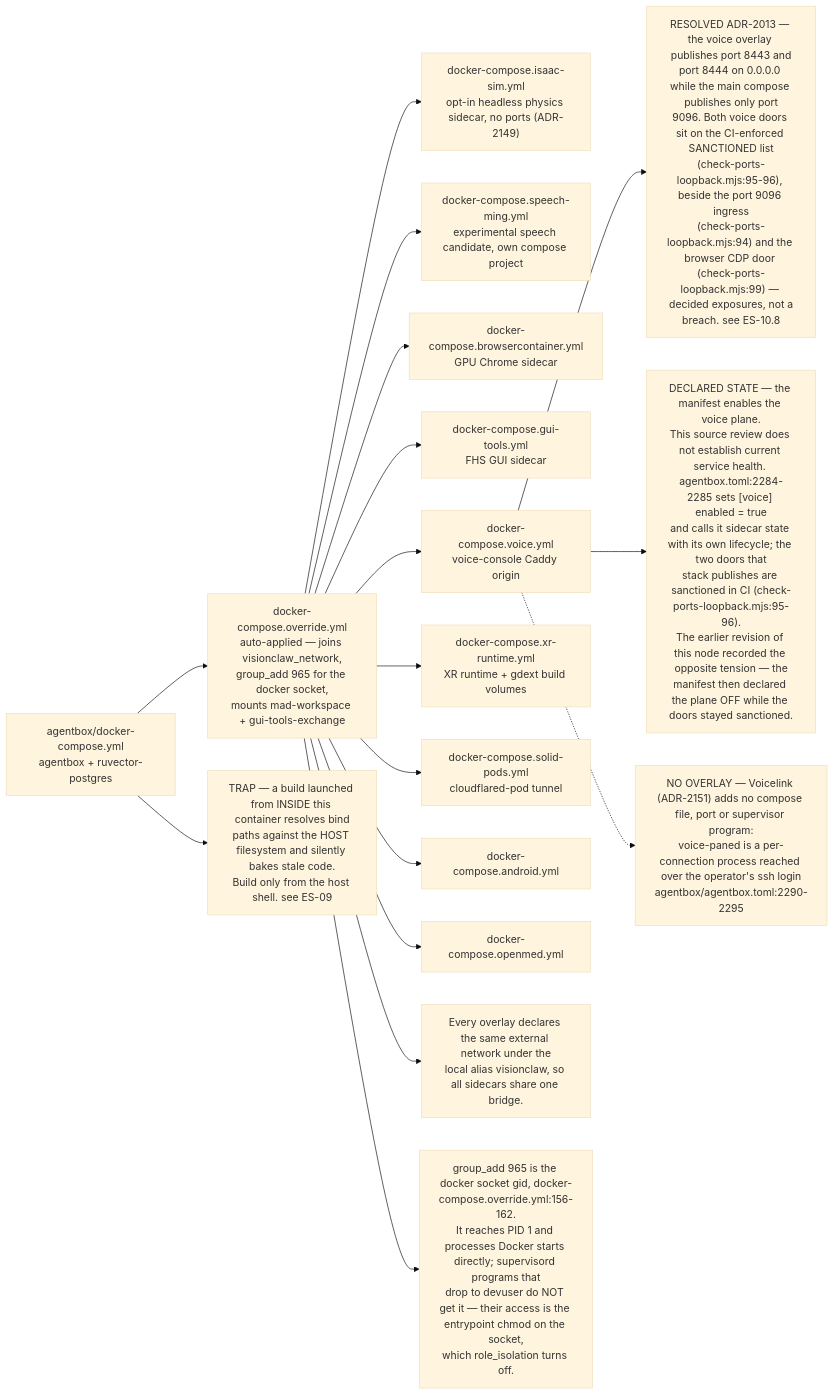
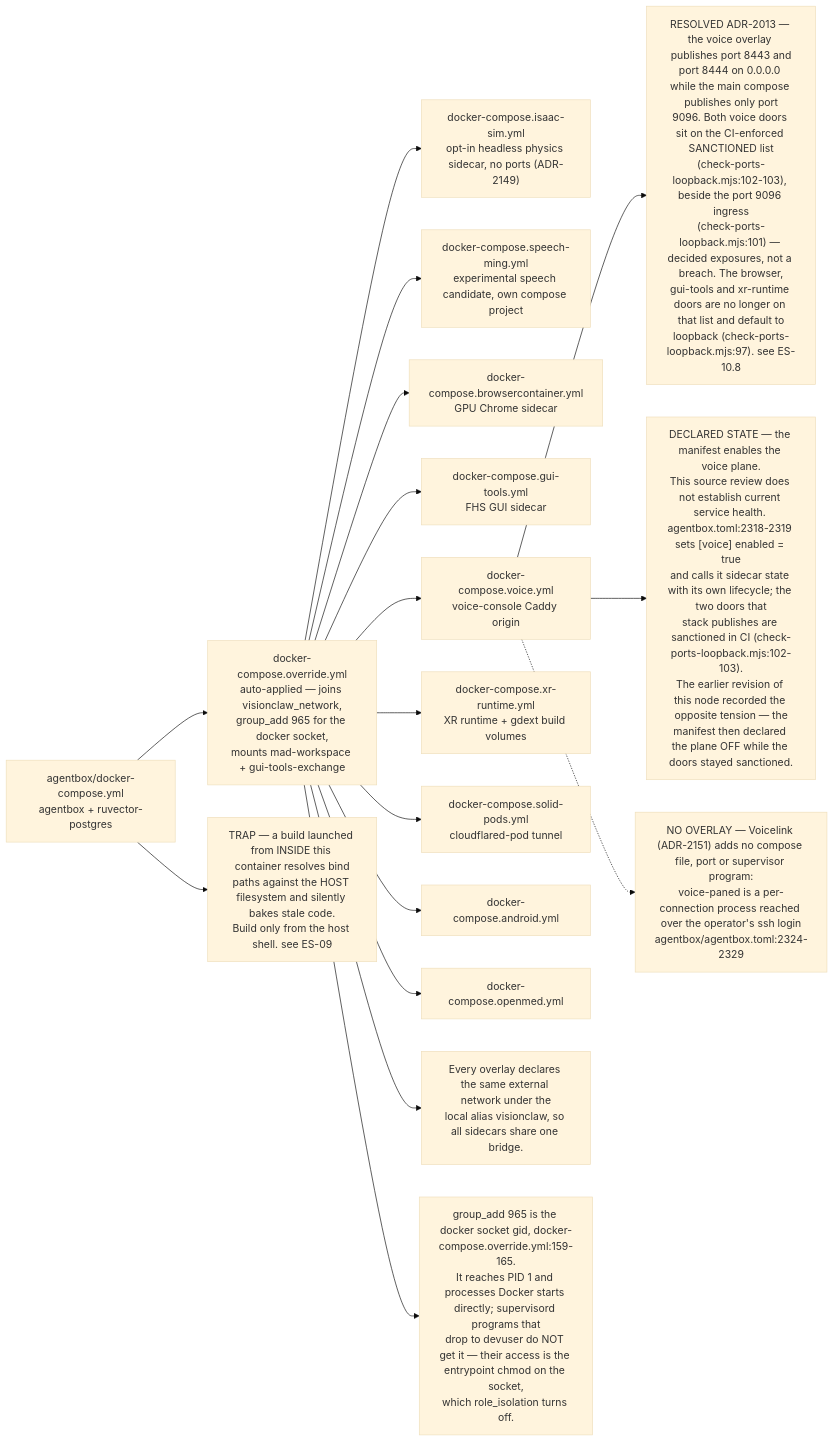
The fifth of 8 diagrams in docs/diagrams/estate/01-estate-topology.md (DreamLab-AI/VisionFlow), drawn with Mermaid (base theme) before and after one commit. The commit also changed other lines of this file and 6 other files, not shown here.

````diff
--- a/docs/diagrams/estate/01-estate-topology.md
+++ b/docs/diagrams/estate/01-estate-topology.md
@@ -230,40 +230,40 @@
 ```mermaid
 flowchart LR
     BASE["agentbox/docker-compose.yml<br/>agentbox + ruvector-postgres"]
     OV["docker-compose.override.yml<br/>auto-applied — joins visionclaw_network,<br/>group_add 965 for the docker socket,<br/>mounts mad-workspace + gui-tools-exchange"]
     ISF["docker-compose.isaac-sim.yml<br/>opt-in headless physics sidecar, no ports (ADR-2149)"]
     SMF["docker-compose.speech-ming.yml<br/>experimental speech candidate, own compose project"]
     BCF["docker-compose.browsercontainer.yml<br/>GPU Chrome sidecar"]
     GTF["docker-compose.gui-tools.yml<br/>FHS GUI sidecar"]
     VF["docker-compose.voice.yml<br/>voice-console Caddy origin"]
     XF["docker-compose.xr-runtime.yml<br/>XR runtime + gdext build volumes"]
     SPF["docker-compose.solid-pods.yml<br/>cloudflared-pod tunnel"]
     ANF["docker-compose.android.yml"]
     OMF["docker-compose.openmed.yml"]
 
     BASE --> OV
     OV --> BCF
     OV --> GTF
     OV --> VF
     OV --> XF
     OV --> SPF
     OV --> ANF
     OV --> OMF
     OV --> ISF
     OV --> SMF
 
     N1["Every overlay declares the same external network under the<br/>local alias visionclaw, so all sidecars share one bridge."]
-    N2["group_add 965 is the docker socket gid, docker-compose.override.yml:156-162.<br/>It reaches PID 1 and processes Docker starts directly; supervisord programs that<br/>drop to devuser do NOT get it — their access is the entrypoint chmod on the socket,<br/>which role_isolation turns off."]
-    D1["RESOLVED ADR-2013 — the voice overlay publishes port 8443 and<br/>port 8444 on 0.0.0.0 while the main compose publishes only port<br/>9096. Both voice doors sit on the CI-enforced SANCTIONED list<br/>(check-ports-loopback.mjs:95-96), beside the port 9096 ingress<br/>(check-ports-loopback.mjs:94) and the browser CDP door (check-ports-loopback.mjs:99) — decided exposures, not a<br/>breach. see ES-10.8"]
-    D3["DECLARED STATE — the manifest enables the voice plane.<br/>This source review does not establish current service health. agentbox.toml:2284-2285 sets [voice] enabled = true<br/>and calls it sidecar state with its own lifecycle; the two doors that<br/>stack publishes are sanctioned in CI (check-ports-loopback.mjs:95-96).<br/>The earlier revision of this node recorded the opposite tension — the<br/>manifest then declared the plane OFF while the doors stayed sanctioned."]
+    N2["group_add 965 is the docker socket gid, docker-compose.override.yml:159-165.<br/>It reaches PID 1 and processes Docker starts directly; supervisord programs that<br/>drop to devuser do NOT get it — their access is the entrypoint chmod on the socket,<br/>which role_isolation turns off."]
+    D1["RESOLVED ADR-2013 — the voice overlay publishes port 8443 and<br/>port 8444 on 0.0.0.0 while the main compose publishes only port<br/>9096. Both voice doors sit on the CI-enforced SANCTIONED list<br/>(check-ports-loopback.mjs:102-103), beside the port 9096 ingress<br/>(check-ports-loopback.mjs:101) — decided exposures, not a breach. The browser,<br/>gui-tools and xr-runtime doors are no longer on that list and default to<br/>loopback (check-ports-loopback.mjs:97). see ES-10.8"]
+    D3["DECLARED STATE — the manifest enables the voice plane.<br/>This source review does not establish current service health. agentbox.toml:2318-2319 sets [voice] enabled = true<br/>and calls it sidecar state with its own lifecycle; the two doors that<br/>stack publishes are sanctioned in CI (check-ports-loopback.mjs:102-103).<br/>The earlier revision of this node recorded the opposite tension — the<br/>manifest then declared the plane OFF while the doors stayed sanctioned."]
     D2["TRAP — a build launched from INSIDE this container resolves bind<br/>paths against the HOST filesystem and silently bakes stale code.<br/>Build only from the host shell. see ES-09"]
 
-    VL["NO OVERLAY — Voicelink (ADR-2151) adds no compose file, port or supervisor program:<br/>voice-paned is a per-connection process reached over the operator's ssh login<br/>agentbox/agentbox.toml:2290-2295"]
+    VL["NO OVERLAY — Voicelink (ADR-2151) adds no compose file, port or supervisor program:<br/>voice-paned is a per-connection process reached over the operator's ssh login<br/>agentbox/agentbox.toml:2324-2329"]
 
     OV --> N1
     OV --> N2
     VF --> D1
     VF --> D3
     BASE --> D2
     VF -.-> VL
 ```
````
